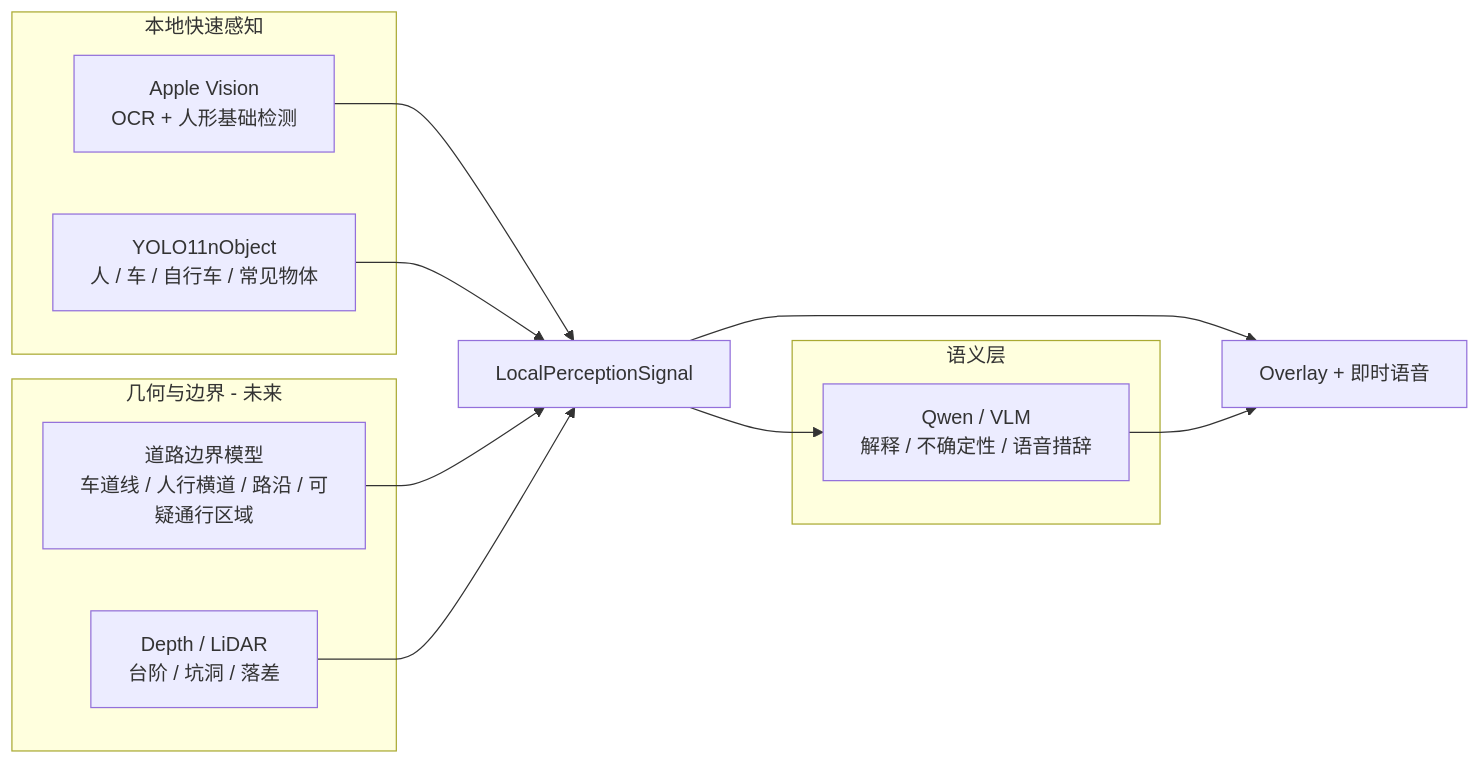
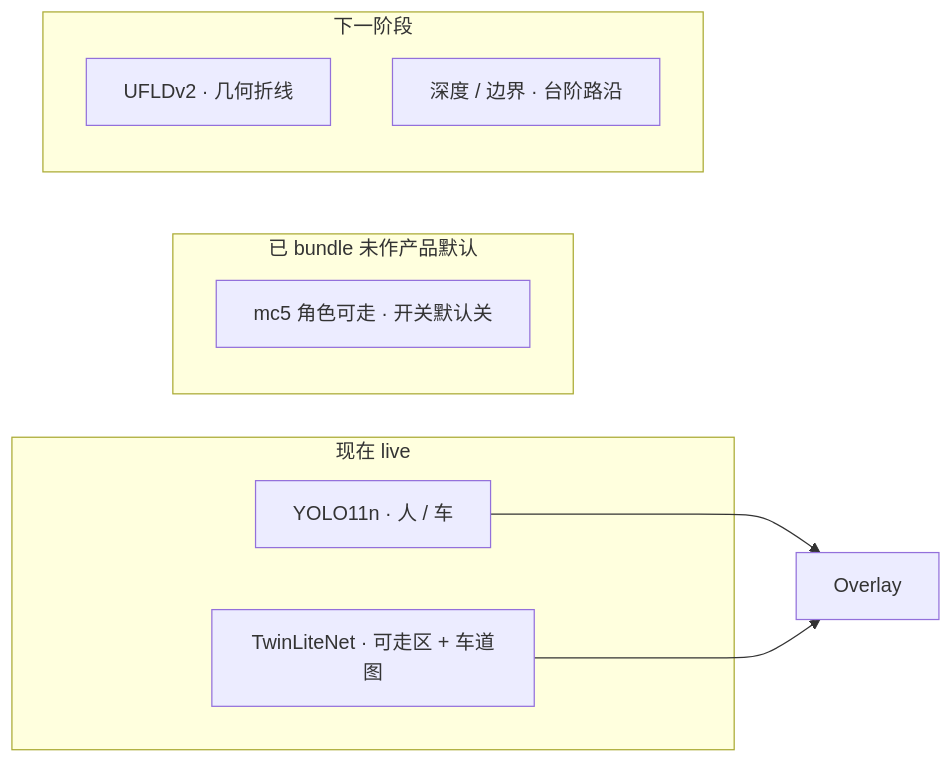
Before and after one commit to ynshi57/onepiece: the diagram in docs/architecture/design-pack/03-model-responsibility-map.md, drawn with Mermaid. The commit also changed other lines of this file and 60 other files, not shown here.

````diff
--- a/docs/architecture/design-pack/03-model-responsibility-map.md
+++ b/docs/architecture/design-pack/03-model-responsibility-map.md
@@ -9,24 +5,16 @@
 ```mermaid
 flowchart LR
-    subgraph LocalFast[本地快速感知]
-      V[Apple Vision\nOCR + 人形基础检测]
-      Y[YOLO11nObject\n人 / 车 / 自行车 / 常见物体]
+    subgraph Live[现在 live]
+      Y[YOLO11n · 人 / 车]
+      T[TwinLiteNet · 可走区 + 车道图]
     end
-
-    subgraph Geometry[几何与边界 - 未来]
-      R[道路边界模型\n车道线 / 人行横道 / 路沿 / 可疑通行区域]
-      D[Depth / LiDAR\n台阶 / 坑洞 / 落差]
+    subgraph Staged[已 bundle 未作产品默认]
+      M[mc5 角色可走 · 开关默认关]
     end
-
-    subgraph Semantic[语义层]
-      Q[Qwen / VLM\n解释 / 不确定性 / 语音措辞]
+    subgraph Next[下一阶段]
+      U[UFLDv2 · 几何折线]
+      D[深度 / 边界 · 台阶路沿]
     end
-
-    V --> S[LocalPerceptionSignal]
-    Y --> S
-    R --> S
-    D --> S
-    S --> Q
-    S --> UI[Overlay + 即时语音]
-    Q --> UI
+    Y --> UI[Overlay]
+    T --> UI
 ```
````
